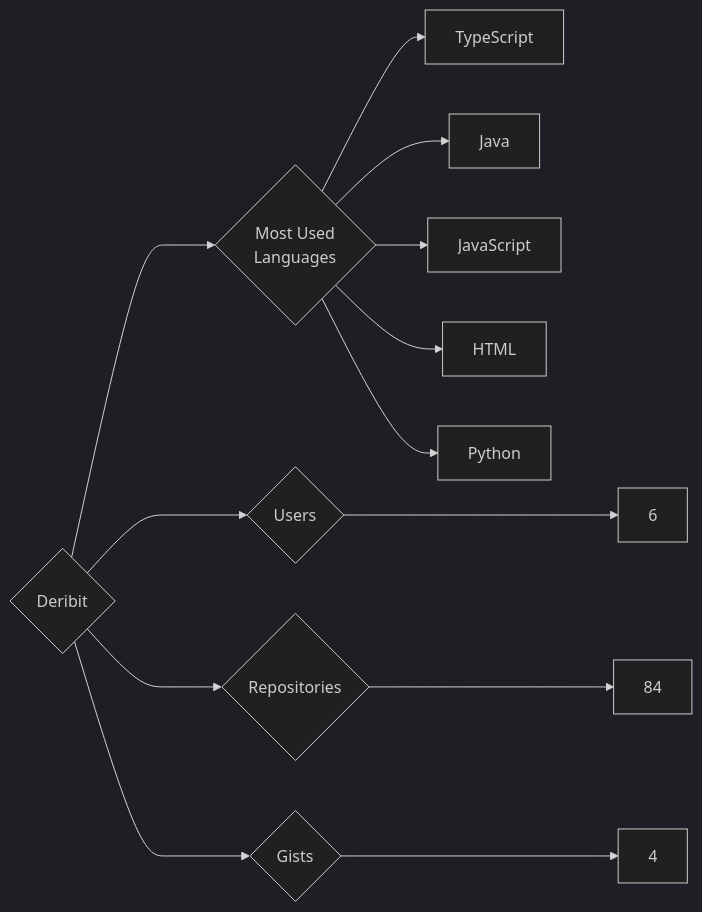
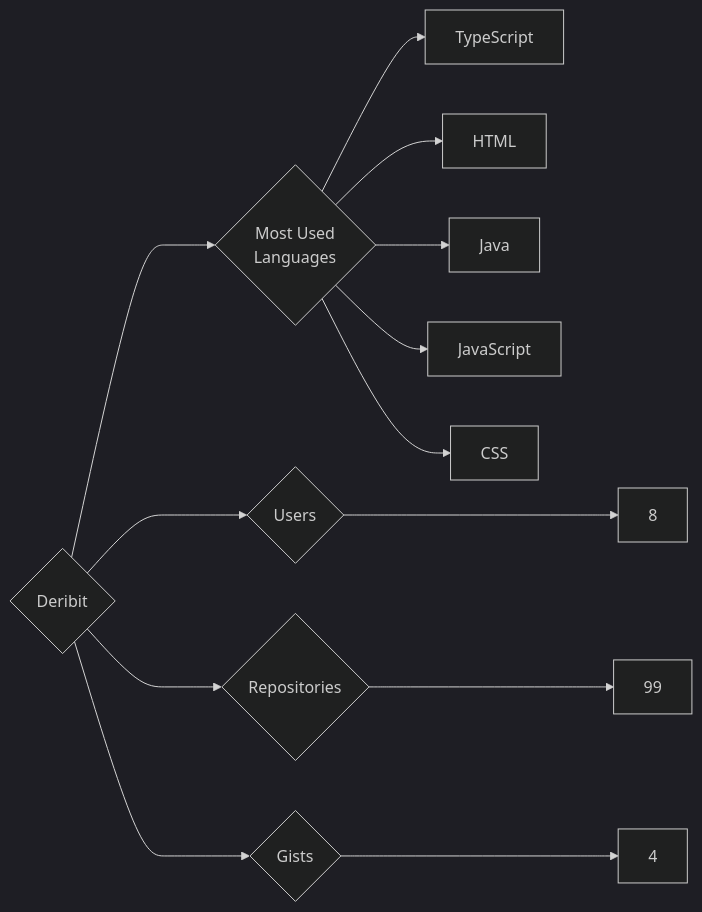
One commit to trickest/insiders changed the diagram in targets/Deribit/README.md. Above: the diagram before and after it, drawn with Mermaid (dark theme). The commit also changed 776 other files, not shown here.

````diff
--- a/targets/Deribit/README.md
+++ b/targets/Deribit/README.md
@@ -3,13 +3,13 @@
 ```mermaid
 graph LR
 COMPANY_NAME{Deribit}
-COMPANY_NAME ---> U{Users} ---> UN[6]
-COMPANY_NAME ---> R{Repositories} ---> RN[84]
+COMPANY_NAME ---> U{Users} ---> UN[8]
+COMPANY_NAME ---> R{Repositories} ---> RN[99]
 COMPANY_NAME ---> G{Gists} ---> GN[4]
 COMPANY_NAME ---> ML{Most Used<br>Languages}
 ML --> TypeScript[TypeScript]
+ML --> HTML[HTML]
 ML --> Java[Java]
 ML --> JavaScript[JavaScript]
-ML --> HTML[HTML]
-ML --> Python[Python]
+ML --> CSS[CSS]
 ```
````
